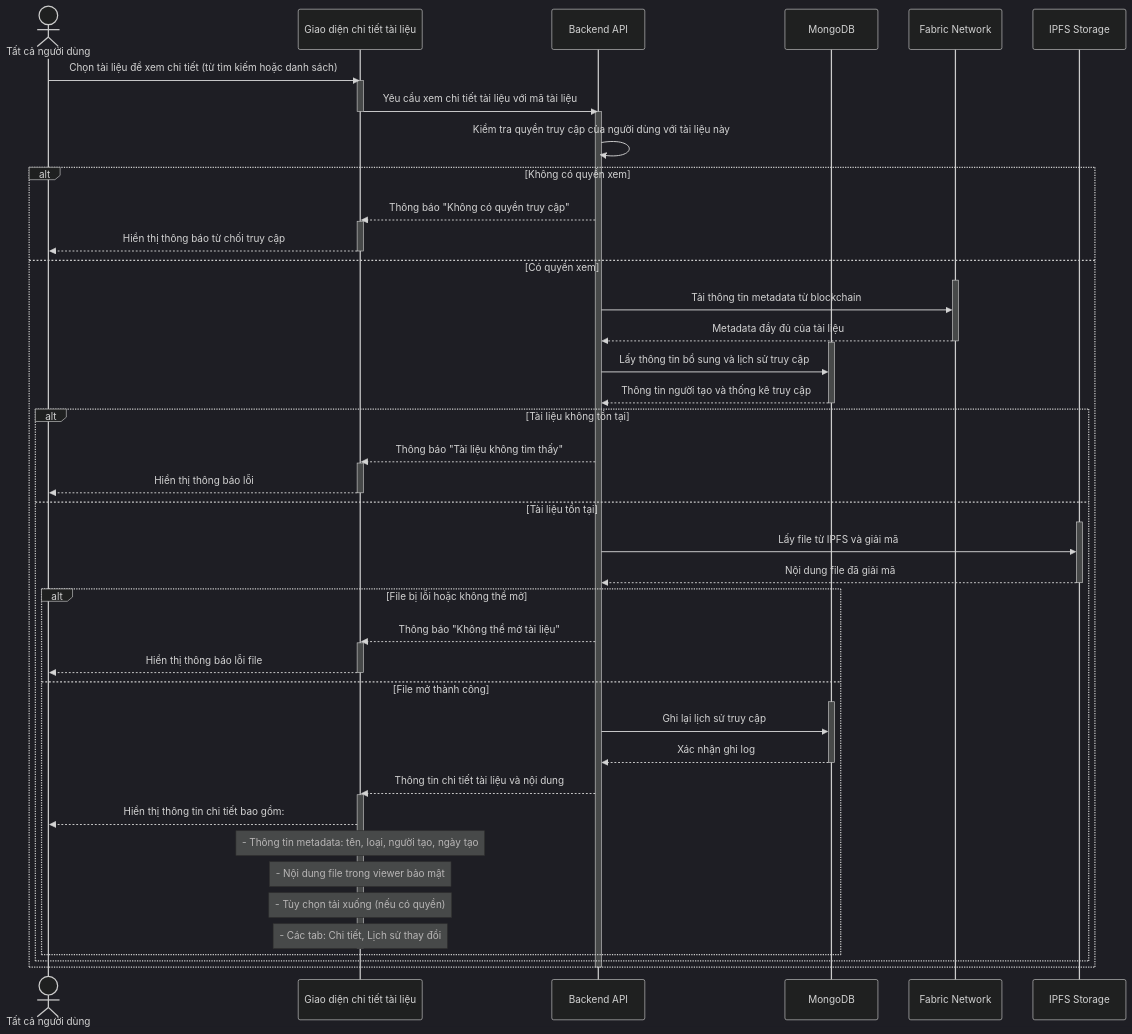
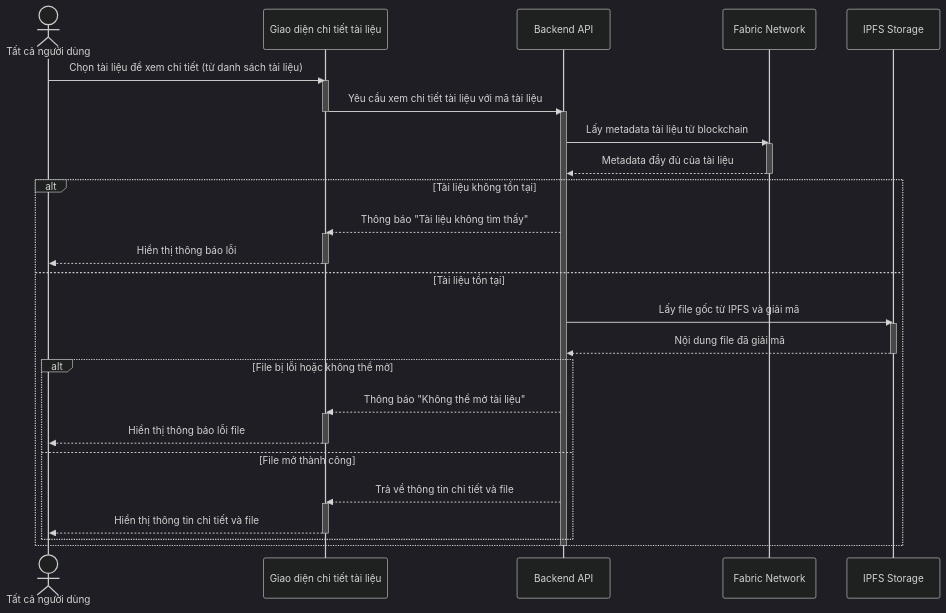
Diagram 16 of 39 in Complete_Use_Case_Sequence_Diagrams.md (Thienpkae/DATN), drawn with Mermaid (dark theme) before and after one commit. The commit also changed other lines of this file and 50 other files, not shown here.

````diff
--- a/Complete_Use_Case_Sequence_Diagrams.md
+++ b/Complete_Use_Case_Sequence_Diagrams.md
@@ -1376,69 +1116,46 @@
 ```mermaid
 sequenceDiagram
     actor User as Tất cả người dùng
     participant UI as Giao diện chi tiết tài liệu
     participant API as Backend API
-    participant DB as MongoDB
     participant Blockchain as Fabric Network
     participant IPFS as IPFS Storage
 
-    User ->> UI: Chọn tài liệu để xem chi tiết (từ tìm kiếm hoặc danh sách)
+    User ->> UI: Chọn tài liệu để xem chi tiết (từ danh sách tài liệu)
     activate UI
     UI ->> API: Yêu cầu xem chi tiết tài liệu với mã tài liệu
     deactivate UI
 
     activate API
-    API ->> API: Kiểm tra quyền truy cập của người dùng với tài liệu này
+    API ->> Blockchain: Lấy metadata tài liệu từ blockchain
+    activate Blockchain
+    Blockchain -->> API: Metadata đầy đủ của tài liệu
+    deactivate Blockchain
 
-    alt Không có quyền xem
-        API -->> UI: Thông báo "Không có quyền truy cập"
+    alt Tài liệu không tồn tại
+        API -->> UI: Thông báo "Tài liệu không tìm thấy"
         activate UI
-        UI -->> User: Hiển thị thông báo từ chối truy cập
+        UI -->> User: Hiển thị thông báo lỗi
         deactivate UI
-    else Có quyền xem
-        activate Blockchain
-        API ->> Blockchain: Tải thông tin metadata từ blockchain
-        Blockchain -->> API: Metadata đầy đủ của tài liệu
-        deactivate Blockchain
+    else Tài liệu tồn tại
+        API ->> IPFS: Lấy file gốc từ IPFS và giải mã
+        activate IPFS
+        IPFS -->> API: Nội dung file đã giải mã
+        deactivate IPFS
 
-        activate DB
-        API ->> DB: Lấy thông tin bổ sung và lịch sử truy cập
-        DB -->> API: Thông tin người tạo và thống kê truy cập
-        deactivate DB
-
-        alt Tài liệu không tồn tại
-            API -->> UI: Thông báo "Tài liệu không tìm thấy"
+        alt File bị lỗi hoặc không thể mở
+            API -->> UI: Thông báo "Không thể mở tài liệu"
             activate UI
-            UI -->> User: Hiển thị thông báo lỗi
+            UI -->> User: Hiển thị thông báo lỗi file
             deactivate UI
-        else Tài liệu tồn tại
-            activate IPFS
-            API ->> IPFS: Lấy file từ IPFS và giải mã
-            IPFS -->> API: Nội dung file đã giải mã
-            deactivate IPFS
-
-            alt File bị lỗi hoặc không thể mở
-                API -->> UI: Thông báo "Không thể mở tài liệu"
-                activate UI
-                UI -->> User: Hiển thị thông báo lỗi file
-                deactivate UI
-            else File mở thành công
-                activate DB
-                API ->> DB: Ghi lại lịch sử truy cập
-                DB -->> API: Xác nhận ghi log
-                deactivate DB
-
-                API -->> UI: Thông tin chi tiết tài liệu và nội dung
-                activate UI
-                UI -->> User: Hiển thị thông tin chi tiết bao gồm:
-                Note over UI: - Thông tin metadata: tên, loại, người tạo, ngày tạo
-                Note over UI: - Nội dung file trong viewer bảo mật
-                Note over UI: - Tùy chọn tải xuống (nếu có quyền)
-                Note over UI: - Các tab: Chi tiết, Lịch sử thay đổi
-                deactivate UI
-            end
+        else File mở thành công
+            API -->> UI: Trả về thông tin chi tiết và file
+            activate UI
+            UI -->> User: Hiển thị thông tin chi tiết và file
+            deactivate UI
         end
     end
 
     deactivate API
+
 ```
````
